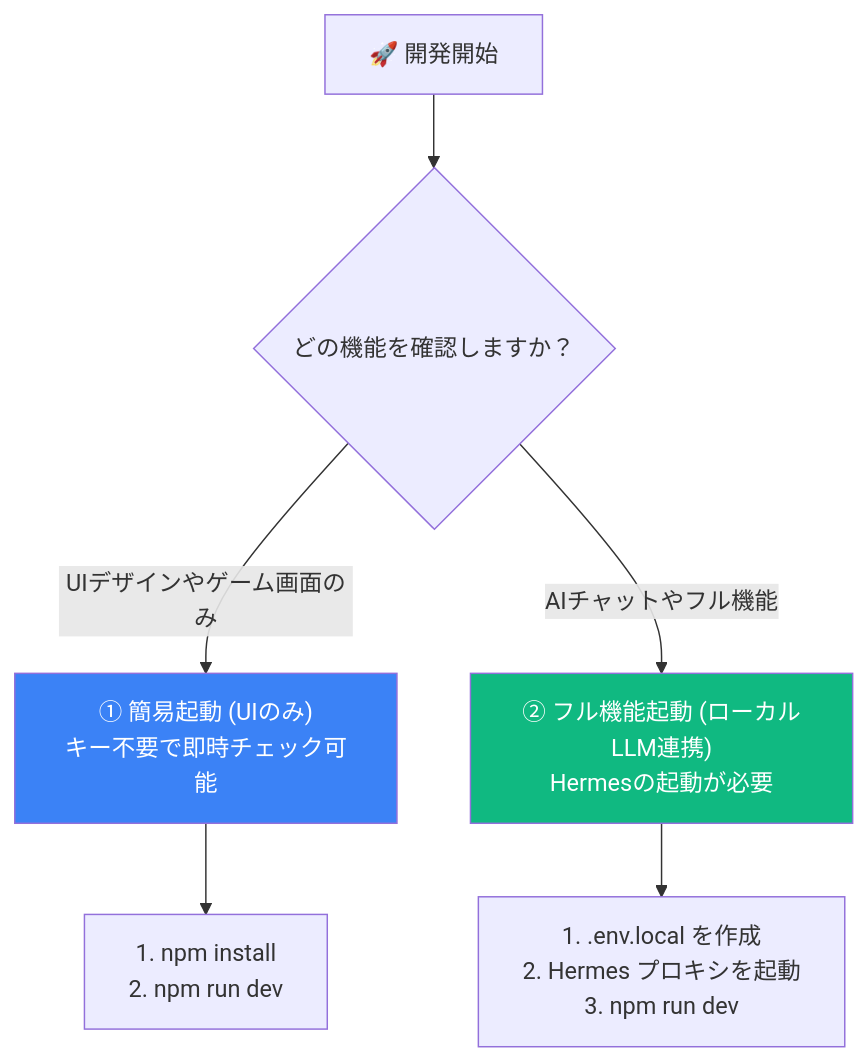
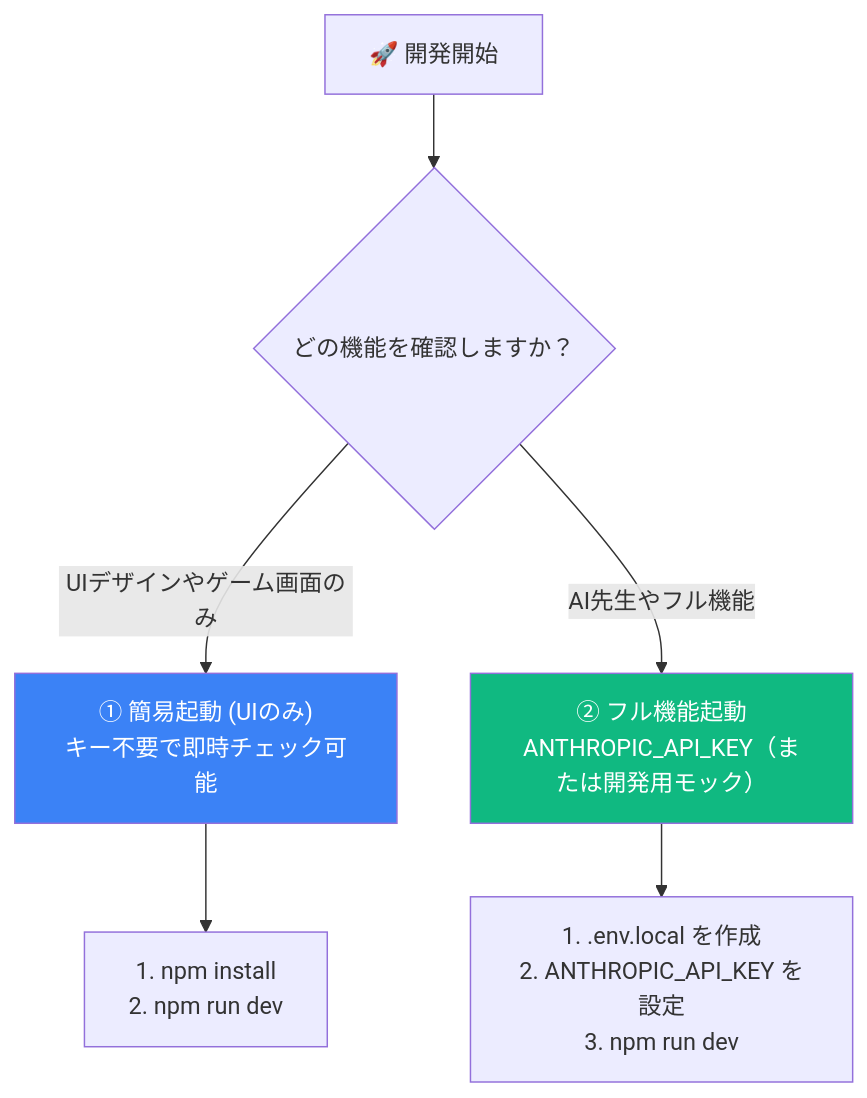
The diagram in README.ja.md (NPO-OpenCoralNetwork/rise-path-demo-game-integration), drawn with Mermaid before and after one commit. The commit also changed other lines of this file and 27 other files, not shown here.

````diff
--- a/README.ja.md
+++ b/README.ja.md
@@ -106,12 +106,12 @@
 ```mermaid
 flowchart TD
     Start["🚀 開発開始"] --> Choice{"どの機能を確認しますか？"}
     Choice -->|UIデザインやゲーム画面のみ| Quick["① 簡易起動 (UIのみ)<br>キー不要で即時チェック可能"]
-    Choice -->|AIチャットやフル機能| Full["② フル機能起動 (ローカルLLM連携)<br>Hermesの起動が必要"]
+    Choice -->|AI先生やフル機能| Full["② フル機能起動<br>ANTHROPIC_API_KEY（または開発用モック）"]
     
     Quick --> ExecQuick["1. npm install<br>2. npm run dev"]
-    Full --> ExecFull["1. .env.local を作成<br>2. Hermes プロキシを起動<br>3. npm run dev"]
+    Full --> ExecFull["1. .env.local を作成<br>2. ANTHROPIC_API_KEY を設定<br>3. npm run dev"]
 
     style Quick fill:#3B82F6,color:#fff
     style Full fill:#10B981,color:#fff
 ```
````
